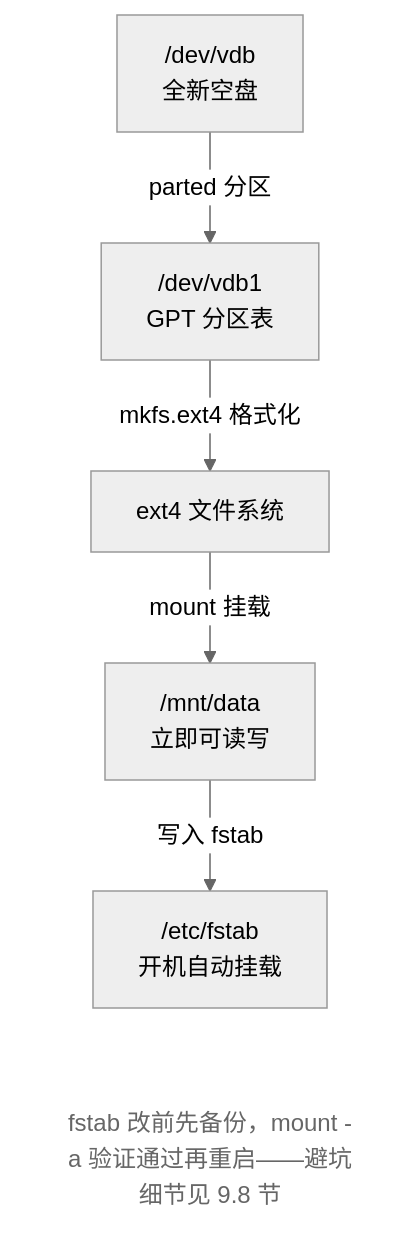
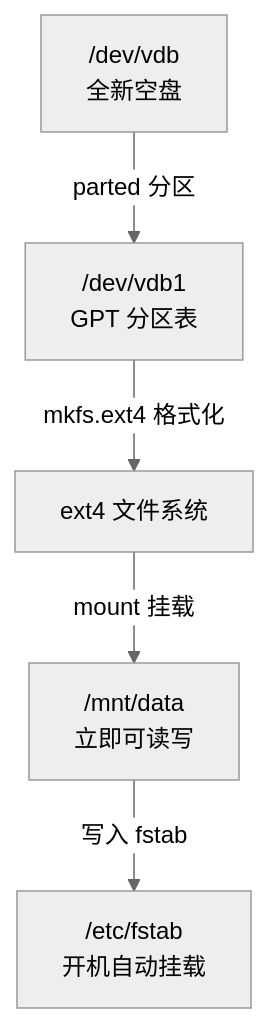
Before and after one commit to wangxiangnan/wangxiangnan.github.io: the third of 3 diagrams in src/linux-command/ch09.md, drawn with Mermaid (neutral theme). The commit also changed other lines of this file and 15 other files, not shown here.

````diff
--- a/src/linux-command/ch09.md
+++ b/src/linux-command/ch09.md
@@ -272,13 +270,7 @@
 ```mermaid
 flowchart TB
     A["/dev/vdb<br>全新空盘"] -->|parted 分区| B["/dev/vdb1<br>GPT 分区表"]
     B -->|mkfs.ext4 格式化| C["ext4 文件系统"]
     C -->|mount 挂载| D["/mnt/data<br>立即可读写"]
     D -->|写入 fstab| E["/etc/fstab<br>开机自动挂载"]
-    N["fstab 改前先备份，mount -a 验证通过再重启——避坑细节见 9.8 节"]
-
-    E ~~~ N
-
-    classDef note fill:none,stroke:none,color:#666
-    class N note
 ```
````
